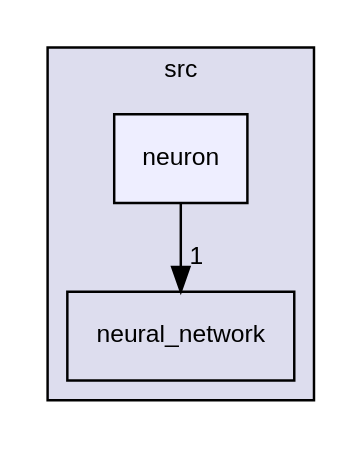
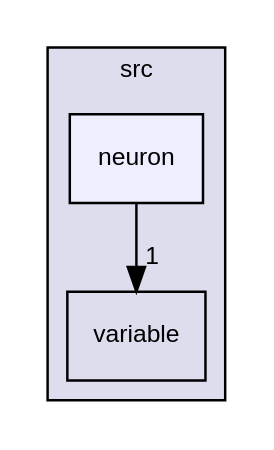
One commit to MaoSong2022/TinyNeuralNetwork changed the diagram in dir_0c9ea08de28bb1cd5197f7d034c44c7e_dep.dot. Above: the diagram before and after it, drawn with Graphviz. The commit also changed 90 other files, not shown here.

```diff
--- a/dir_0c9ea08de28bb1cd5197f7d034c44c7e_dep.dot
+++ b/dir_0c9ea08de28bb1cd5197f7d034c44c7e_dep.dot
@@ -1,11 +1,11 @@
 digraph "/home/runner/work/TinyNeuralNetwork/TinyNeuralNetwork/src/neuron" {
   compound=true
   node [ fontsize="10", fontname="Helvetica"];
   edge [ labelfontsize="10", labelfontname="Helvetica"];
   subgraph clusterdir_68267d1309a1af8e8297ef4c3efbcdba {
     graph [ bgcolor="#ddddee", pencolor="black", label="src" fontname="Helvetica", fontsize="10", URL="dir_68267d1309a1af8e8297ef4c3efbcdba.html"]
-  dir_a4c1bc47733d52c12dcbe7406a6f5ba1 [shape=box label="neural_network" URL="dir_a4c1bc47733d52c12dcbe7406a6f5ba1.html"];
+  dir_dd920bd76ff7422f03265981cd757b41 [shape=box label="variable" URL="dir_dd920bd76ff7422f03265981cd757b41.html"];
   dir_0c9ea08de28bb1cd5197f7d034c44c7e [shape=box, label="neuron", style="filled", fillcolor="#eeeeff", pencolor="black", URL="dir_0c9ea08de28bb1cd5197f7d034c44c7e.html"];
   }
-  dir_0c9ea08de28bb1cd5197f7d034c44c7e->dir_a4c1bc47733d52c12dcbe7406a6f5ba1 [headlabel="1", labeldistance=1.5 headhref="dir_000003_000002.html"];
+  dir_0c9ea08de28bb1cd5197f7d034c44c7e->dir_dd920bd76ff7422f03265981cd757b41 [headlabel="1", labeldistance=1.5 headhref="dir_000003_000004.html"];
 }
```
